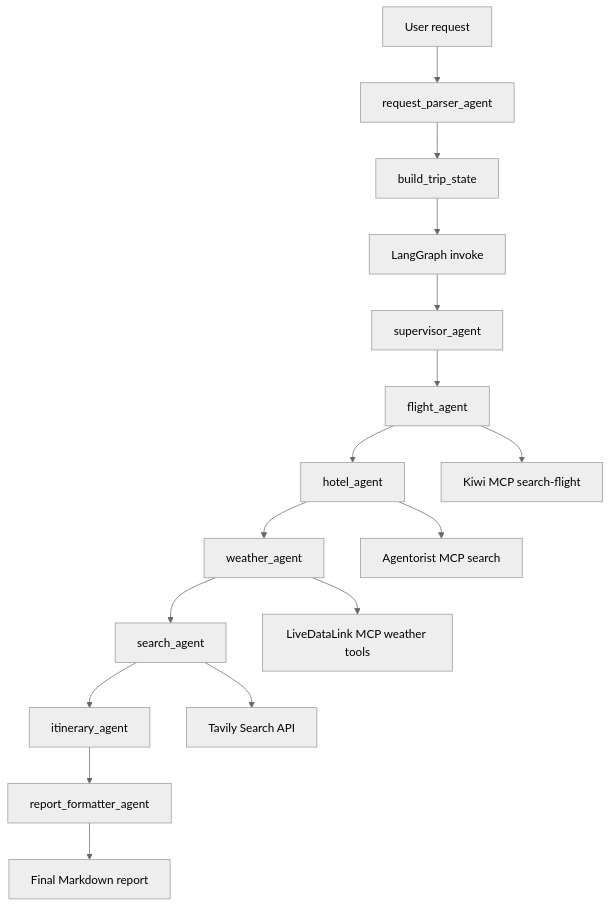
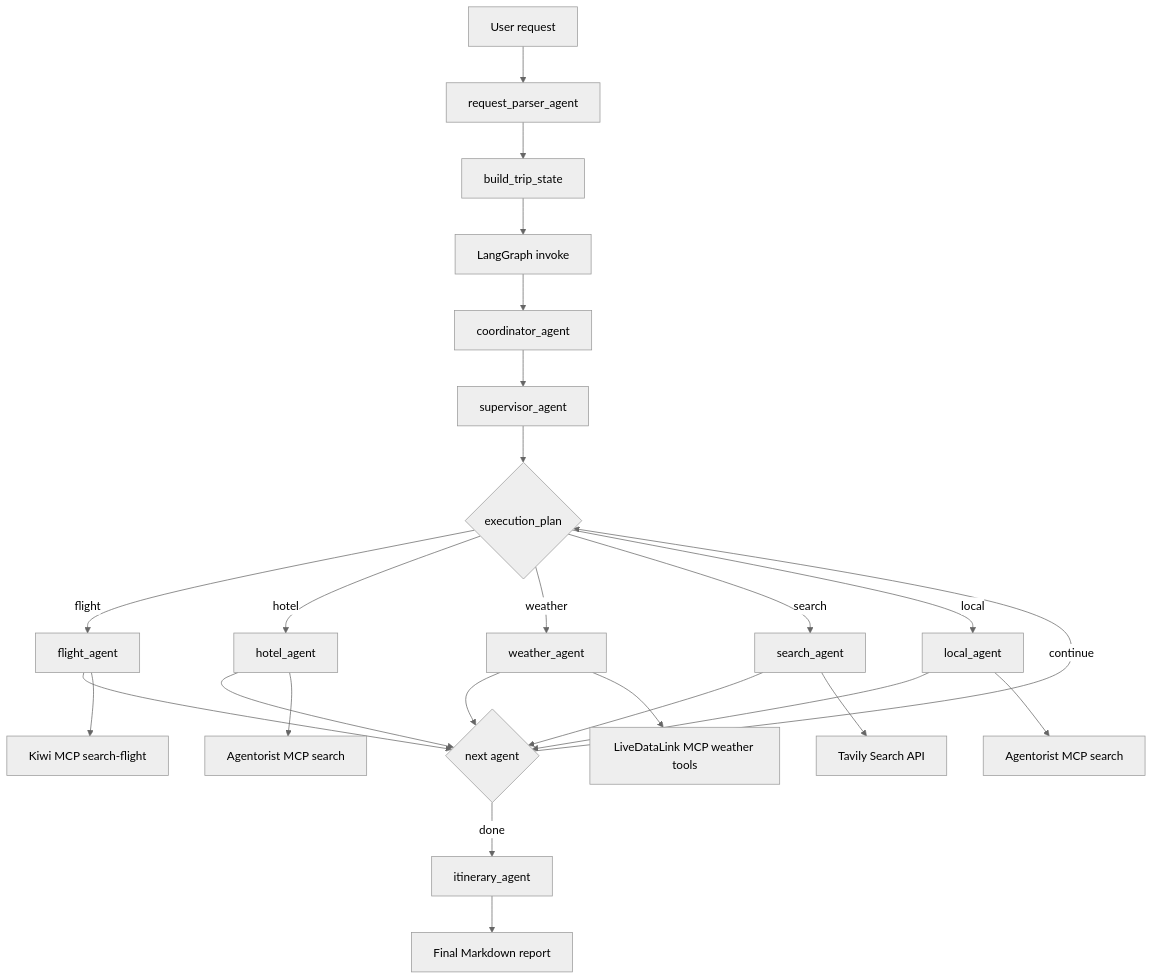
One commit to PrayasP29/Travel_Agentic_System changed the diagram in README.md. Above: the diagram before and after it, drawn with Mermaid (neutral theme). The commit also changed other lines of this file, not shown here.

````diff
--- a/README.md
+++ b/README.md
@@ -36,19 +36,28 @@
 ```mermaid
 flowchart TD
     A[User request] --> B[request_parser_agent]
     B --> C[build_trip_state]
     C --> D[LangGraph invoke]
-    D --> E[supervisor_agent]
-    E --> F[flight_agent]
-    F --> G[hotel_agent]
-    G --> H[weather_agent]
-    H --> I[search_agent]
-    I --> J[itinerary_agent]
-    J --> K[report_formatter_agent]
-    K --> L[Final Markdown report]
+    D --> E[coordinator_agent]
+    E --> F[supervisor_agent]
+    F --> G{execution_plan}
+    G -->|flight| H[flight_agent]
+    G -->|hotel| I[hotel_agent]
+    G -->|weather| J[weather_agent]
+    G -->|search| K[search_agent]
+    G -->|local| L[local_agent]
+    H --> M{next agent}
+    I --> M
+    J --> M
+    K --> M
+    L --> M
+    M -->|continue| G
+    M -->|done| N[itinerary_agent]
+    N --> O[Final Markdown report]
 
-    F --> F1[Kiwi MCP search-flight]
-    G --> G1[Agentorist MCP search]
-    H --> H1[LiveDataLink MCP weather tools]
-    I --> I1[Tavily Search API]
+    H --> H1[Kiwi MCP search-flight]
+    I --> I1[Agentorist MCP search]
+    J --> J1[LiveDataLink MCP weather tools]
+    K --> K1[Tavily Search API]
+    L --> L1[Agentorist MCP search]
 ```
````
